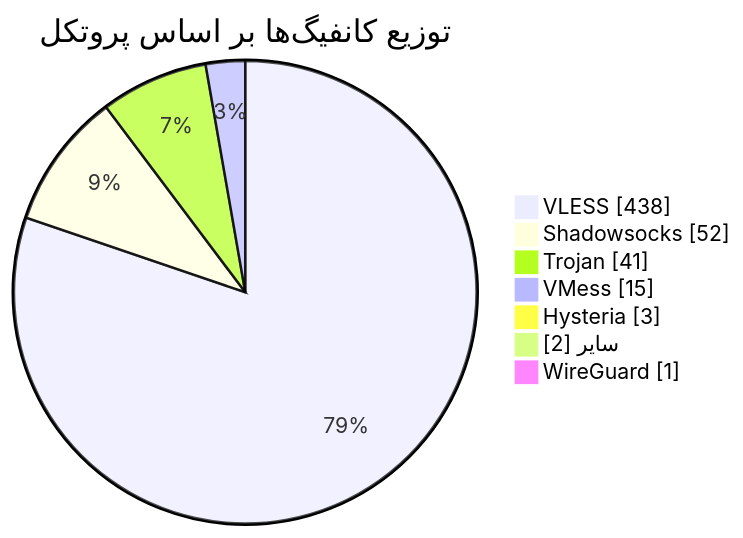
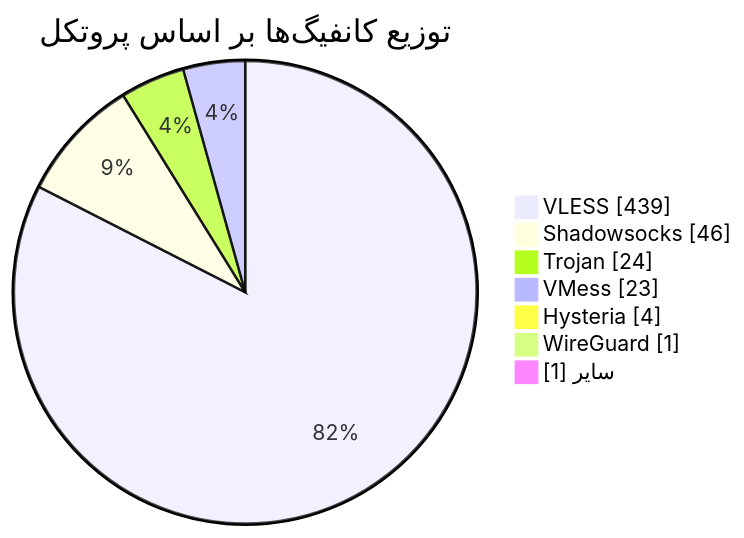
The diagram in README.md (Arian-Alijani/Somthing), drawn with Mermaid before and after one commit. The commit also changed other lines of this file and 85 other files, not shown here.

````diff
--- a/README.md
+++ b/README.md
@@ -49,11 +49,11 @@
 ```mermaid
 pie showData
     title توزیع کانفیگ‌ها بر اساس پروتکل
-    "VLESS" : 438
-    "Shadowsocks" : 52
-    "Trojan" : 41
-    "VMess" : 15
-    "Hysteria" : 3
-    "سایر" : 2
+    "VLESS" : 439
+    "Shadowsocks" : 46
+    "Trojan" : 24
+    "VMess" : 23
+    "Hysteria" : 4
     "WireGuard" : 1
+    "سایر" : 1
 ```
````
